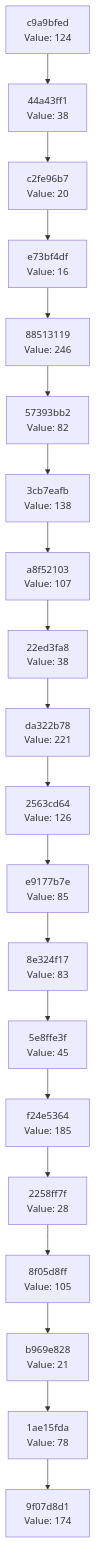
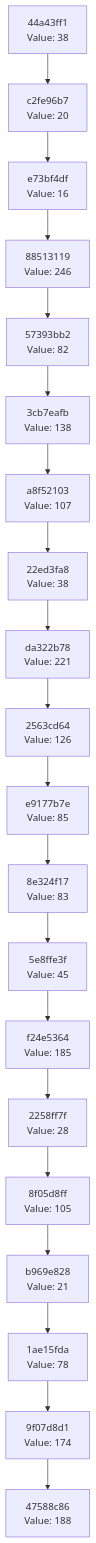
The diagram in docs/CHAIN_VISUALIZATION.md (Abhisheksinha1506/hash-chain-evolver), drawn with Mermaid before and after one commit. The commit also changed 2 other files, not shown here.

Commit message:
Evolution step: hash 0xBC → action executed

````diff
--- a/docs/CHAIN_VISUALIZATION.md
+++ b/docs/CHAIN_VISUALIZATION.md
@@ -3,42 +3,42 @@
 ```mermaid
 graph TD
-    C0["9f07d8d1<br/>Value: 174"]
-    C1["1ae15fda<br/>Value: 78"]
+    C0["47588c86<br/>Value: 188"]
+    C1["9f07d8d1<br/>Value: 174"]
     C1 --> C0
-    C2["b969e828<br/>Value: 21"]
+    C2["1ae15fda<br/>Value: 78"]
     C2 --> C1
-    C3["8f05d8ff<br/>Value: 105"]
+    C3["b969e828<br/>Value: 21"]
     C3 --> C2
-    C4["2258ff7f<br/>Value: 28"]
+    C4["8f05d8ff<br/>Value: 105"]
     C4 --> C3
-    C5["f24e5364<br/>Value: 185"]
+    C5["2258ff7f<br/>Value: 28"]
     C5 --> C4
-    C6["5e8ffe3f<br/>Value: 45"]
+    C6["f24e5364<br/>Value: 185"]
     C6 --> C5
-    C7["8e324f17<br/>Value: 83"]
+    C7["5e8ffe3f<br/>Value: 45"]
     C7 --> C6
-    C8["e9177b7e<br/>Value: 85"]
+    C8["8e324f17<br/>Value: 83"]
     C8 --> C7
-    C9["2563cd64<br/>Value: 126"]
+    C9["e9177b7e<br/>Value: 85"]
     C9 --> C8
-    C10["da322b78<br/>Value: 221"]
+    C10["2563cd64<br/>Value: 126"]
     C10 --> C9
-    C11["22ed3fa8<br/>Value: 38"]
+    C11["da322b78<br/>Value: 221"]
     C11 --> C10
-    C12["a8f52103<br/>Value: 107"]
+    C12["22ed3fa8<br/>Value: 38"]
     C12 --> C11
-    C13["3cb7eafb<br/>Value: 138"]
+    C13["a8f52103<br/>Value: 107"]
     C13 --> C12
-    C14["57393bb2<br/>Value: 82"]
+    C14["3cb7eafb<br/>Value: 138"]
     C14 --> C13
-    C15["88513119<br/>Value: 246"]
+    C15["57393bb2<br/>Value: 82"]
     C15 --> C14
-    C16["e73bf4df<br/>Value: 16"]
+    C16["88513119<br/>Value: 246"]
     C16 --> C15
-    C17["c2fe96b7<br/>Value: 20"]
+    C17["e73bf4df<br/>Value: 16"]
     C17 --> C16
-    C18["44a43ff1<br/>Value: 38"]
+    C18["c2fe96b7<br/>Value: 20"]
     C18 --> C17
-    C19["c9a9bfed<br/>Value: 124"]
+    C19["44a43ff1<br/>Value: 38"]
     C19 --> C18
 ```
````
